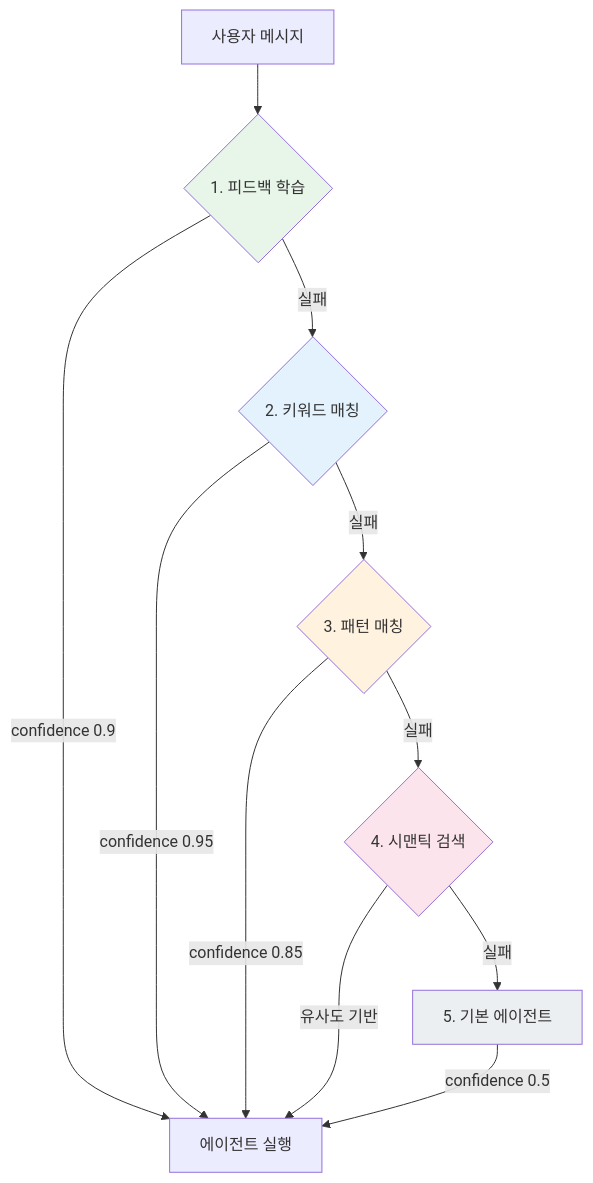
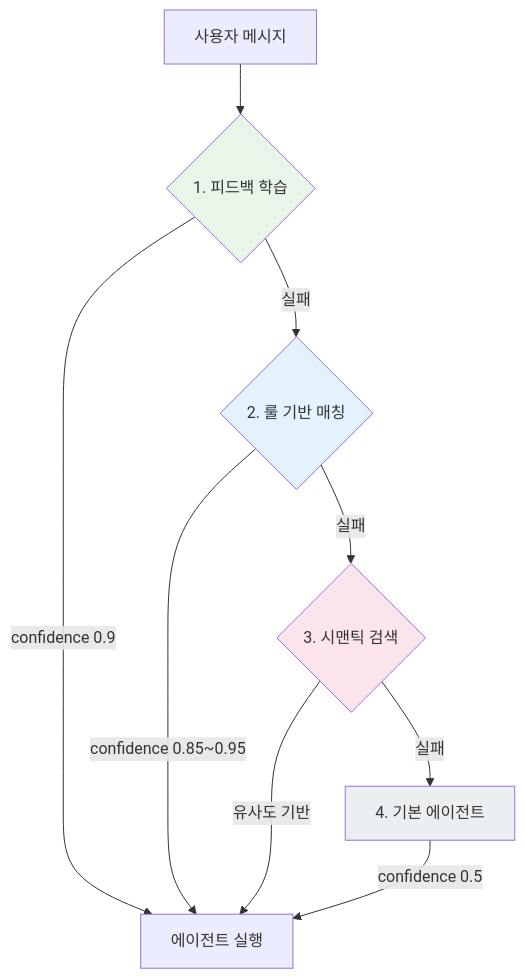
One commit to Gyeom/dev-notes changed the first of 4 diagrams in content/posts/2025-11-08-multi-stage-agent-routing.md. Above: the diagram before and after it, drawn with Mermaid. The commit also changed other lines of this file and 2 other files, not shown here.

````diff
--- a/content/posts/2025-11-08-multi-stage-agent-routing.md
+++ b/content/posts/2025-11-08-multi-stage-agent-routing.md
@@ -24,19 +24,16 @@
 ```mermaid
 graph TD
     A[사용자 메시지] --> B{1. 피드백 학습}
     B -->|confidence 0.9| Z[에이전트 실행]
-    B -->|실패| C{2. 키워드 매칭}
-    C -->|confidence 0.95| Z
-    C -->|실패| D{3. 패턴 매칭}
-    D -->|confidence 0.85| Z
-    D -->|실패| E{4. 시맨틱 검색}
+    B -->|실패| C{2. 룰 기반 매칭}
+    C -->|confidence 0.85~0.95| Z
+    C -->|실패| E{3. 시맨틱 검색}
     E -->|유사도 기반| Z
-    E -->|실패| F[5. 기본 에이전트]
+    E -->|실패| F[4. 기본 에이전트]
     F -->|confidence 0.5| Z
 
     style B fill:#E8F5E9
     style C fill:#E3F2FD
-    style D fill:#FFF3E0
     style E fill:#FCE4EC
     style F fill:#ECEFF1
 ```
````
